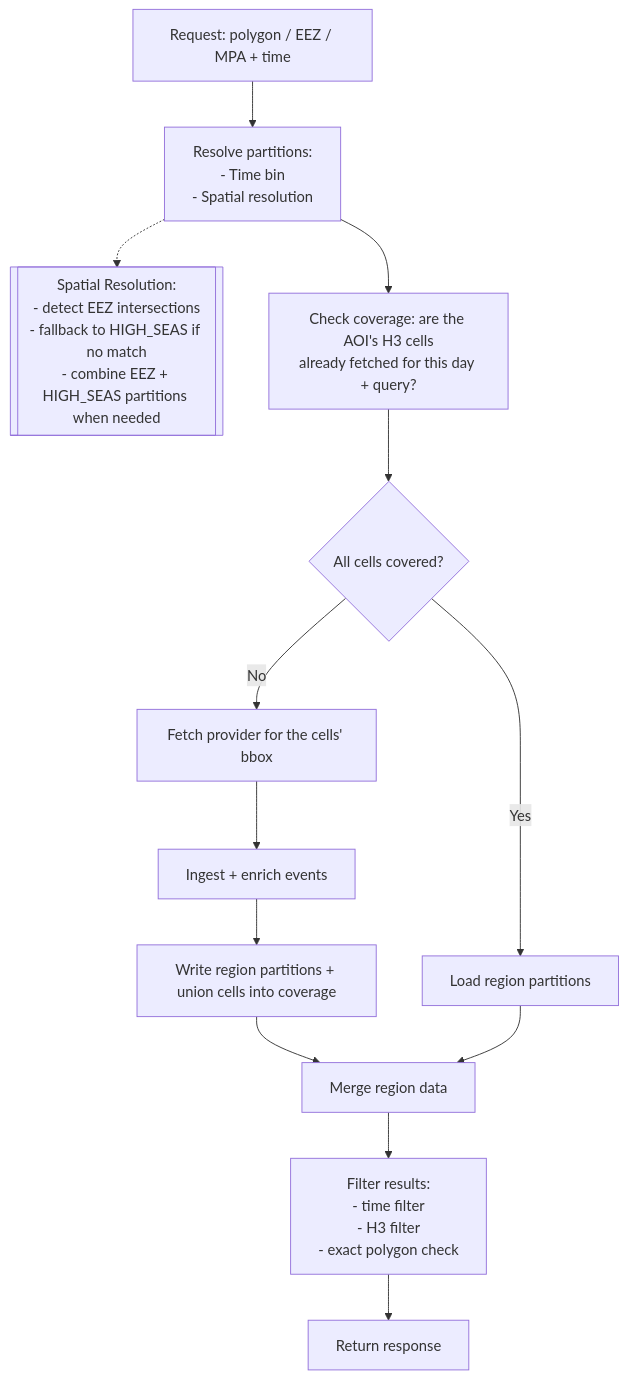
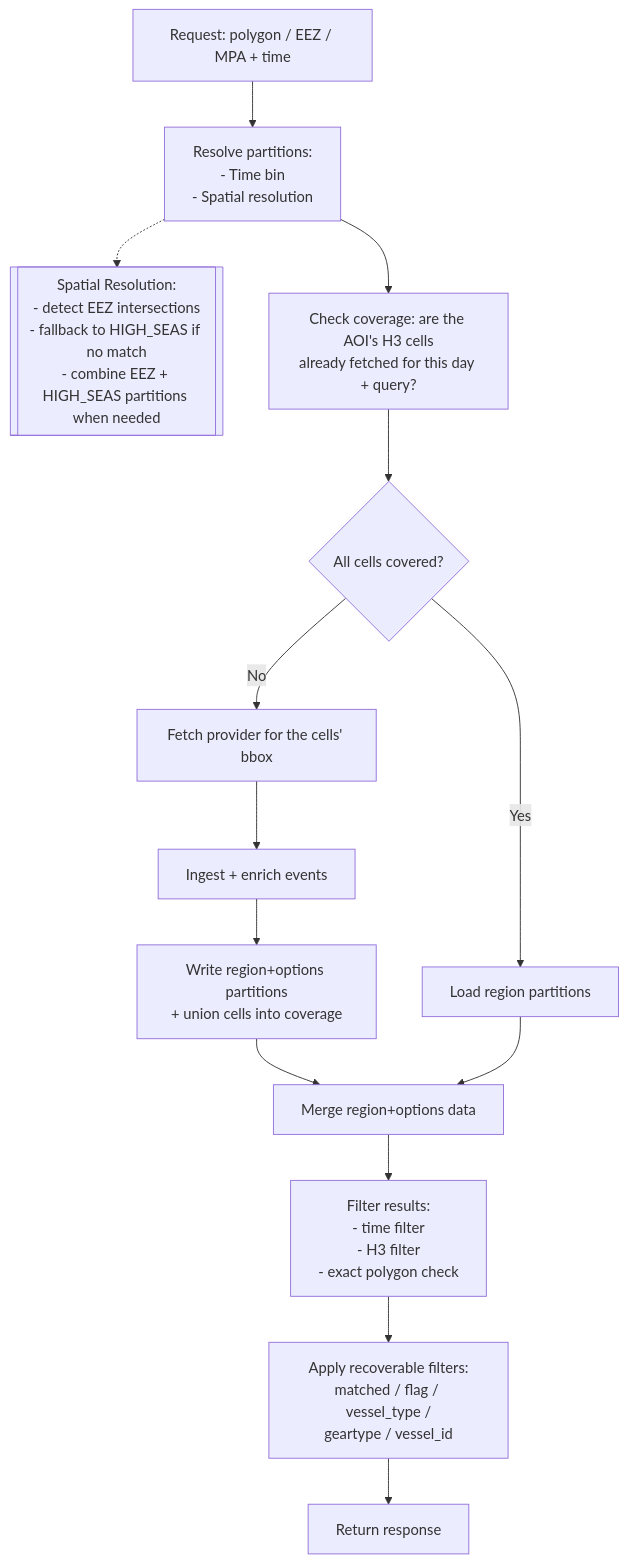
One commit to Alireza-epr/pharos changed the diagram in docs/tech/serving-strategy.md. Above: the diagram before and after it, drawn with Mermaid. The commit also changed other lines of this file and 8 other files, not shown here.

````diff
--- a/docs/tech/serving-strategy.md
+++ b/docs/tech/serving-strategy.md
@@ -246,23 +324,25 @@
 ```mermaid
 flowchart TD
     A[Request: polygon / EEZ / MPA + time] --> B[Resolve partitions:<br/>- Time bin<br/>- Spatial resolution]
 
     B -.-> B1[[Spatial Resolution:<br/>- detect EEZ intersections<br/>- fallback to HIGH_SEAS if no match<br/>- combine EEZ + HIGH_SEAS partitions when needed]]
 
     B --> C[Check coverage: are the AOI's H3 cells<br/>already fetched for this day + query?]
 
     C --> D{All cells covered?}
 
     D -->|Yes| E[Load region partitions]
     D -->|No| F[Fetch provider for the cells' bbox]
 
     F --> G[Ingest + enrich events]
-    G --> H[Write region partitions + union cells into coverage]
+    G --> H[Write region+options partitions<br/>+ union cells into coverage]
     H --> I
 
-    E --> I[Merge region data]
+    E --> I[Merge region+options data]
 
     I --> J[Filter results:<br/>- time filter<br/>- H3 filter<br/>- exact polygon check]
 
-    J --> K[Return response]
+    J --> L[Apply recoverable filters:<br/>matched / flag / vessel_type /<br/>geartype / vessel_id]
+
+    L --> K[Return response]
 ```
````
